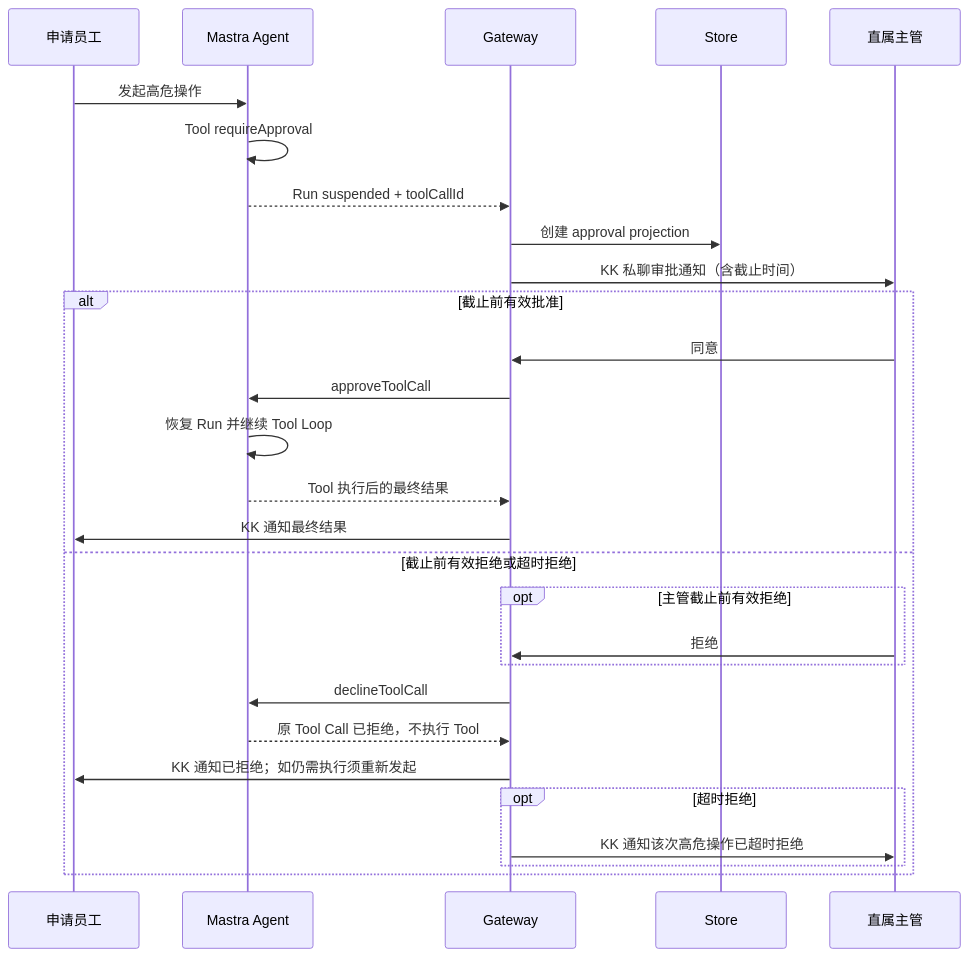
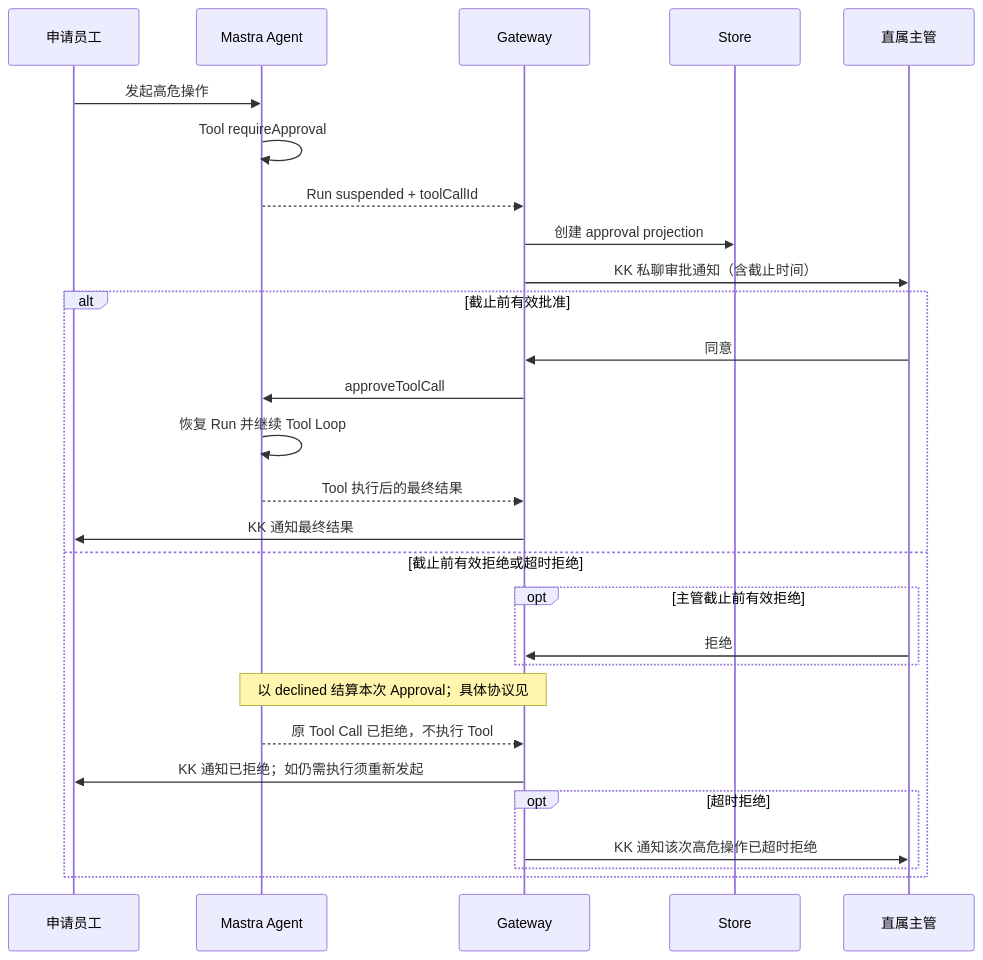
The third of 3 diagrams in docs/KKBot-Mastra-Native-Refactor-Spec.md (dnslin/kairo), drawn with Mermaid before and after one commit.

Commit message:
docs: 收紧审批拒绝协议边界

````diff
--- a/docs/KKBot-Mastra-Native-Refactor-Spec.md
+++ b/docs/KKBot-Mastra-Native-Refactor-Spec.md
@@ -1704,31 +1704,31 @@
 ```mermaid
 sequenceDiagram
     participant U as 申请员工
     participant A as Mastra Agent
     participant G as Gateway
     participant S as Store
     participant L as 直属主管
 
     U->>A: 发起高危操作
     A->>A: Tool requireApproval
     A-->>G: Run suspended + toolCallId
     G->>S: 创建 approval projection
     G->>L: KK 私聊审批通知（含截止时间）
     alt 截止前有效批准
         L->>G: 同意
         G->>A: approveToolCall
         A->>A: 恢复 Run 并继续 Tool Loop
         A-->>G: Tool 执行后的最终结果
         G->>U: KK 通知最终结果
     else 截止前有效拒绝或超时拒绝
         opt 主管截止前有效拒绝
             L->>G: 拒绝
         end
-        G->>A: declineToolCall
+        Note over G,A: 以 declined 结算本次 Approval；具体协议见 #126
         A-->>G: 原 Tool Call 已拒绝，不执行 Tool
         G->>U: KK 通知已拒绝；如仍需执行须重新发起
         opt 超时拒绝
             G->>L: KK 通知该次高危操作已超时拒绝
         end
     end
 ```
````
